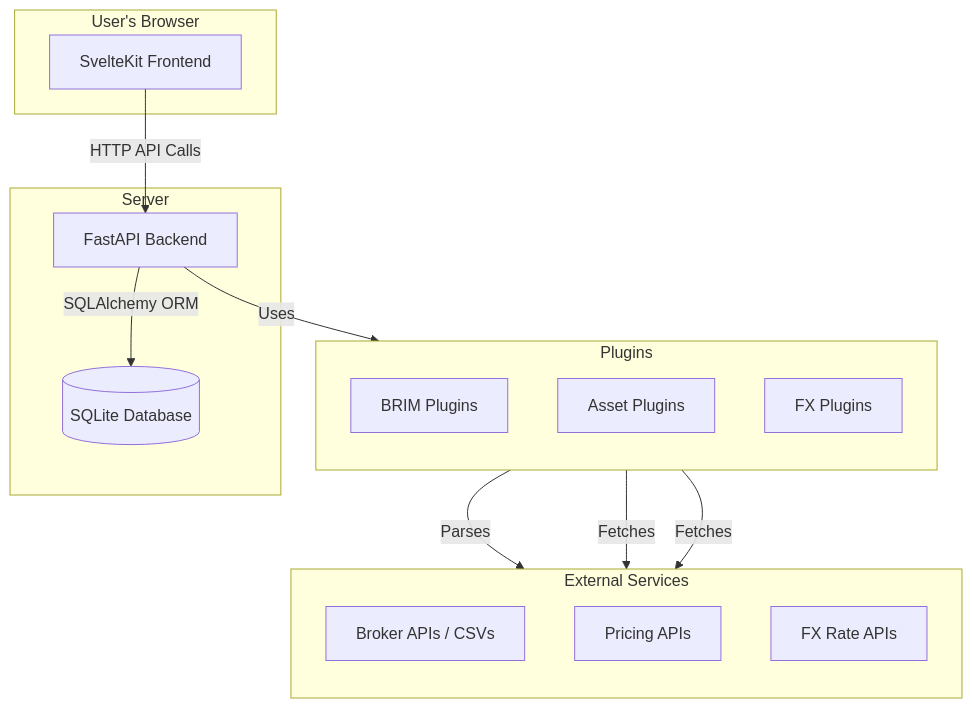
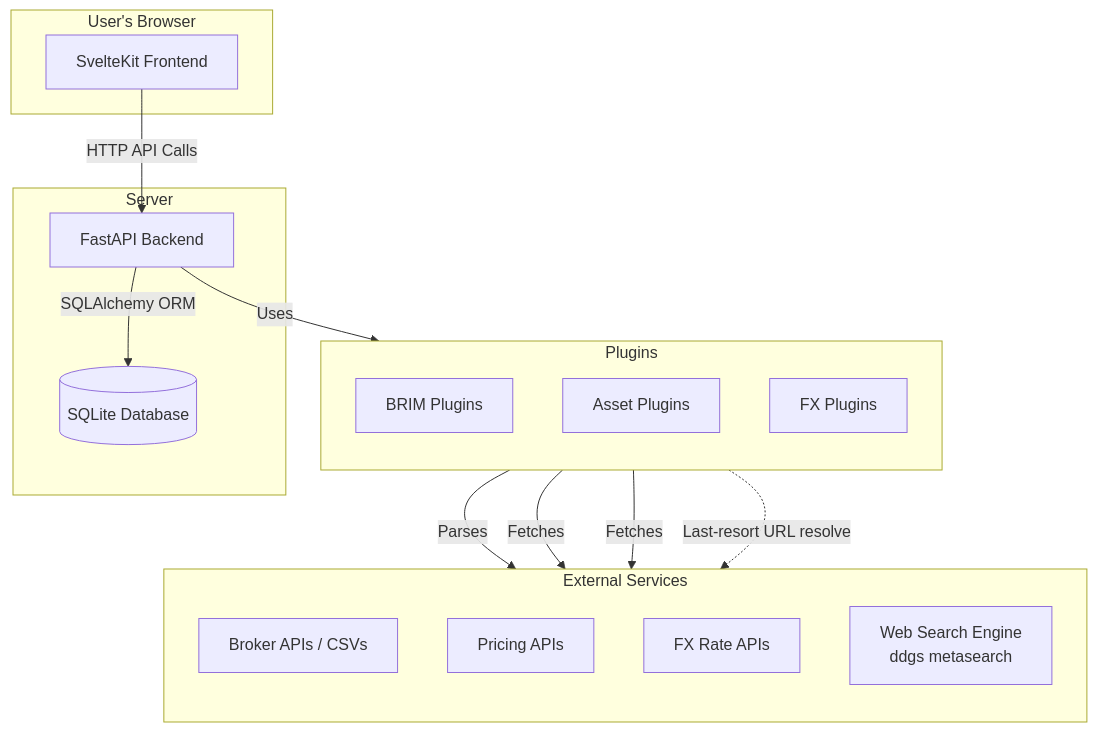
One commit to Librefolio/LibreFolio changed the diagram in mkdocs_src/docs/developer/architecture/overview.md. Above: the diagram before and after it, drawn with Mermaid. The commit also changed other lines of this file and 13 other files, not shown here.

First line of the commit message:
feat(search): swap DuckDuckGo scraper for ddgs metasearch link-finder

````diff
--- a/mkdocs_src/docs/developer/architecture/overview.md
+++ b/mkdocs_src/docs/developer/architecture/overview.md
@@ -9,34 +9,37 @@
 ```mermaid
 graph TD
     subgraph User's Browser
         Frontend[SvelteKit Frontend]
     end
 
     subgraph Server
         Backend[FastAPI Backend]
         Database[(SQLite Database)]
     end
 
     subgraph External Services
         direction TB
         BrokerAPIs[Broker APIs / CSVs]
         PricingAPIs[Pricing APIs]
         FXAPIs[FX Rate APIs]
+        WebSearch[Web Search Engine<br/>ddgs metasearch]
     end
     
     subgraph Plugins
         direction TB
         B_Plugins[BRIM Plugins]
         A_Plugins[Asset Plugins]
         F_Plugins[FX Plugins]
     end
 
     Frontend -- HTTP API Calls --> Backend
     Backend -- SQLAlchemy ORM --> Database
     
     Backend -- Uses --> Plugins
     
     B_Plugins -- Parses --> BrokerAPIs
     A_Plugins -- Fetches --> PricingAPIs
     F_Plugins -- Fetches --> FXAPIs
+
+    A_Plugins -. Last-resort URL resolve .-> WebSearch
 ```
````
